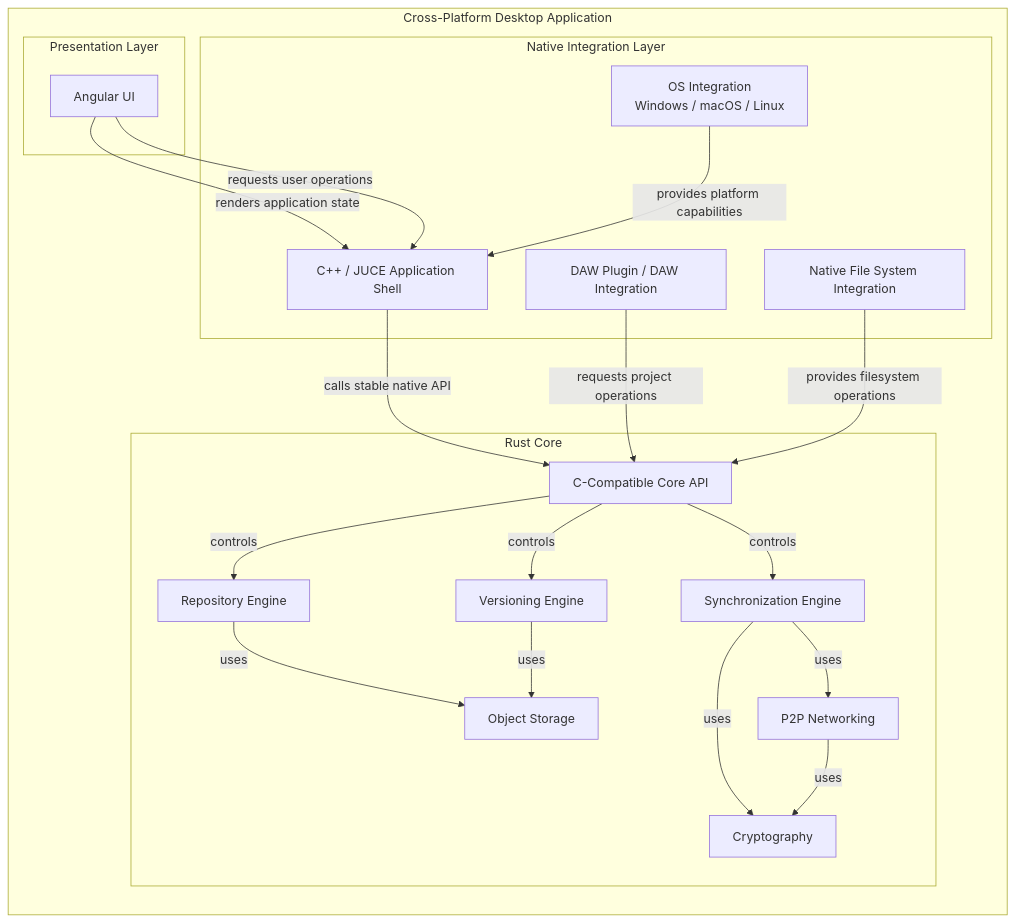
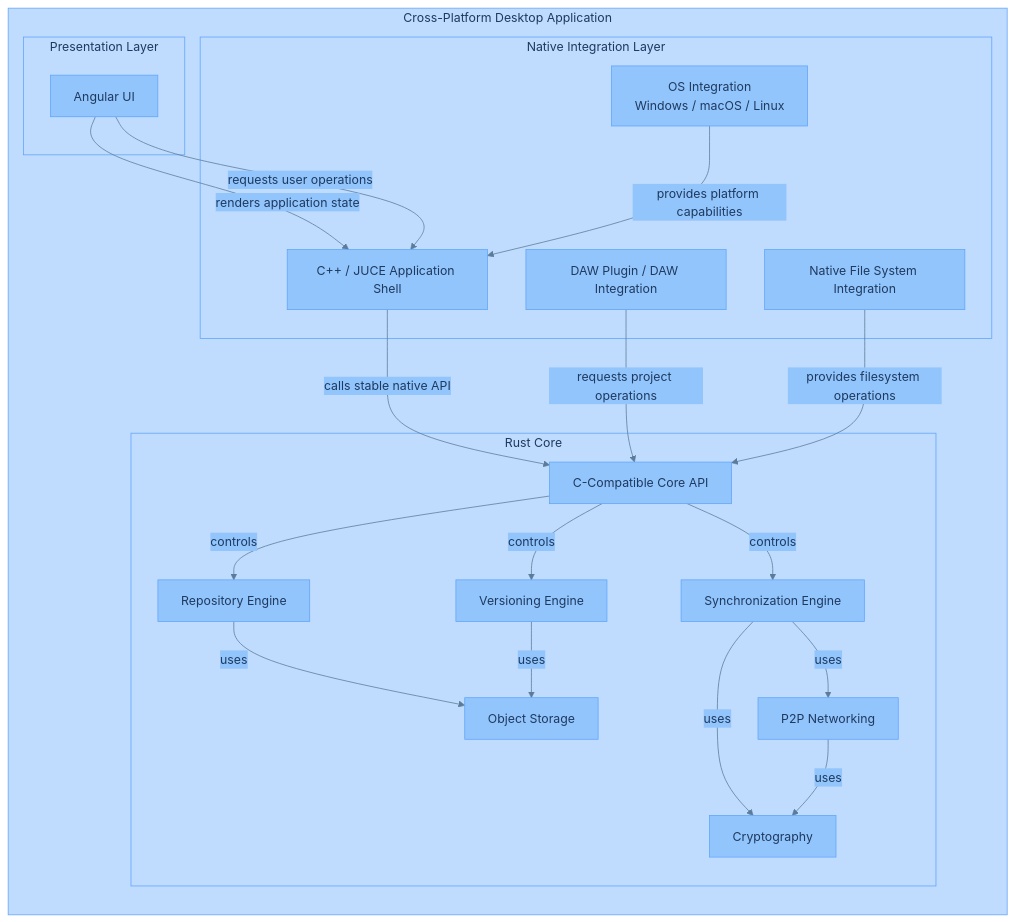
Before and after one commit to RandreasKristensen/gitformusic: the diagram in gitformusic/docs/diagrams/07-desktop.mmd, drawn with Mermaid. The commit also changed 11 other files, not shown here.

Commit message:
themed diagrams

```diff
--- a/gitformusic/docs/diagrams/07-desktop.mmd
+++ b/gitformusic/docs/diagrams/07-desktop.mmd
@@ -1,46 +1,47 @@
+%%{init: {"theme":"base","themeVariables":{"background":"#ffffff","primaryColor":"#93c5fd","primaryTextColor":"#1e3a5f","primaryBorderColor":"#60a5fa","lineColor":"#5b7c99","secondaryColor":"#93c5fd","tertiaryColor":"#ffffff","clusterBkg":"#bfdbfe","clusterBorder":"#60a5fa","titleColor":"#1e3a5f","fontFamily":" sans-serif"}}}%%
 %% Desktop Application — Rust / C++ / Angular Boundaries
 flowchart TB
 
     subgraph DESKTOP["Cross-Platform Desktop Application"]
         direction TB
 
         subgraph PRESENTATION["Presentation Layer"]
             ANGULAR["Angular UI"]
         end
 
         subgraph NATIVE["Native Integration Layer"]
             JUCE["C++ / JUCE Application Shell"]
             DAW_PLUGIN["DAW Plugin / DAW Integration"]
             FILE_UI["Native File System Integration"]
             OS["OS Integration\nWindows / macOS / Linux"]
         end
 
         subgraph CORE["Rust Core"]
             API["C-Compatible Core API"]
             REPO["Repository Engine"]
             VERSION["Versioning Engine"]
             SYNC["Synchronization Engine"]
             NETWORK["P2P Networking"]
             CRYPTO["Cryptography"]
             STORAGE["Object Storage"]
         end
     end
 
     ANGULAR -->|"renders application state"| JUCE
     ANGULAR -->|"requests user operations"| JUCE
 
     JUCE -->|"calls stable native API"| API
 
     DAW_PLUGIN -->|"requests project operations"| API
     FILE_UI -->|"provides filesystem operations"| API
     OS -->|"provides platform capabilities"| JUCE
 
     API -->|"controls"| REPO
     API -->|"controls"| VERSION
     API -->|"controls"| SYNC
 
     REPO -->|"uses"| STORAGE
     VERSION -->|"uses"| STORAGE
     SYNC -->|"uses"| NETWORK
     SYNC -->|"uses"| CRYPTO
     NETWORK -->|"uses"| CRYPTO
```
